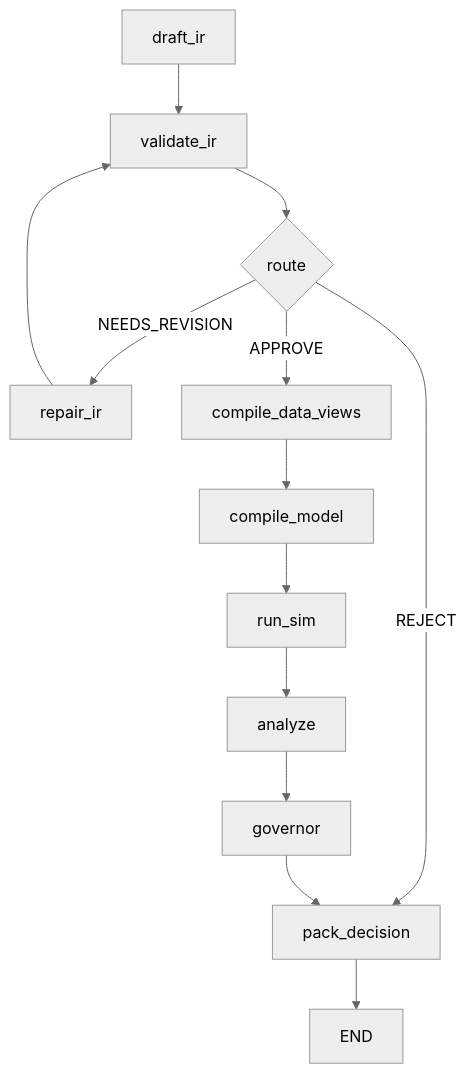
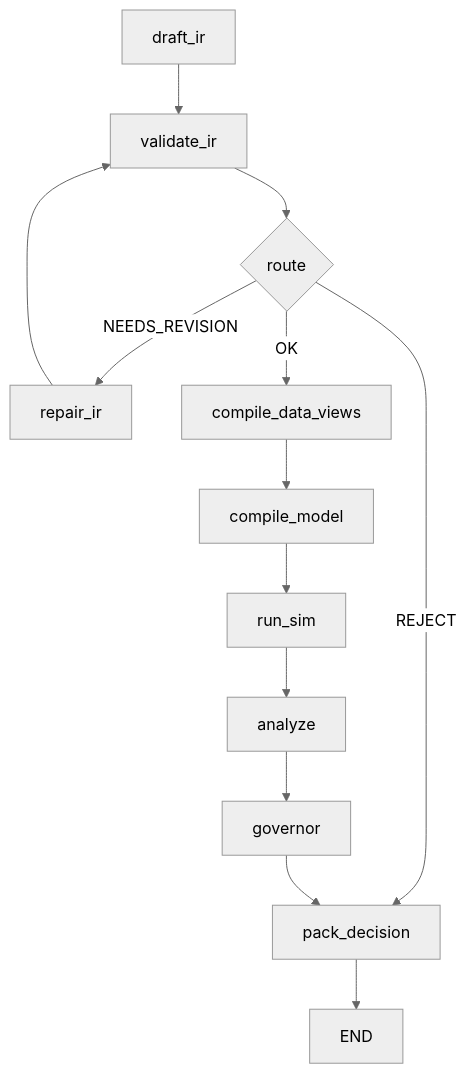
One commit to DenisKopylov/polisyos changed the diagram in architecture.md. Above: the diagram before and after it, drawn with Mermaid (neutral theme). The commit also changed other lines of this file and 54 other files, not shown here.

First line of the commit message:
Refactor policy engine: remove legacy code and update architecture

````diff
--- a/architecture.md
+++ b/architecture.md
@@ -259,15 +175,15 @@
 ```mermaid
 graph TD
   A[draft_ir] --> B[validate_ir]
   B --> C{route}
   C -->|NEEDS_REVISION| D[repair_ir]
-  C -->|APPROVE| E[compile_data_views]
+  C -->|OK| E[compile_data_views]
   C -->|REJECT| J[pack_decision]
   D --> B
   E --> F[compile_model]
   F --> G[run_sim]
   G --> H[analyze]
   H --> I[governor]
   I --> J[pack_decision]
   J --> K[END]
 ```
````
